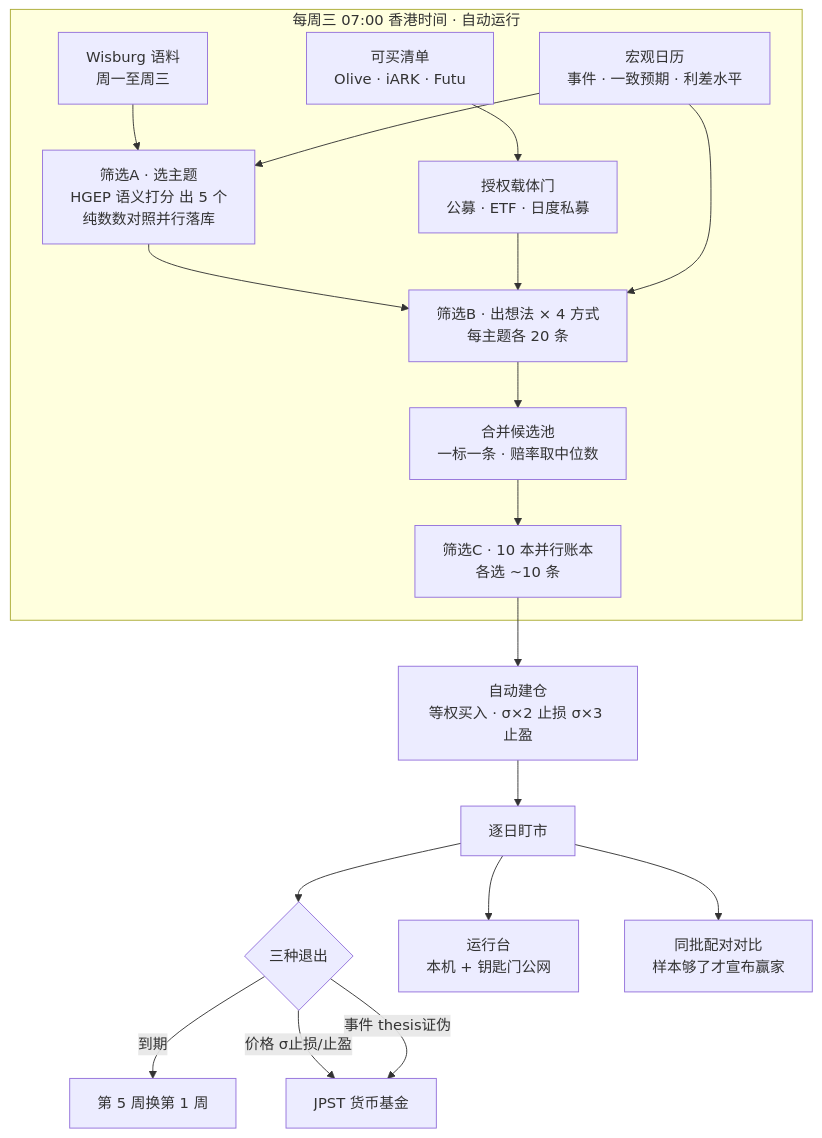
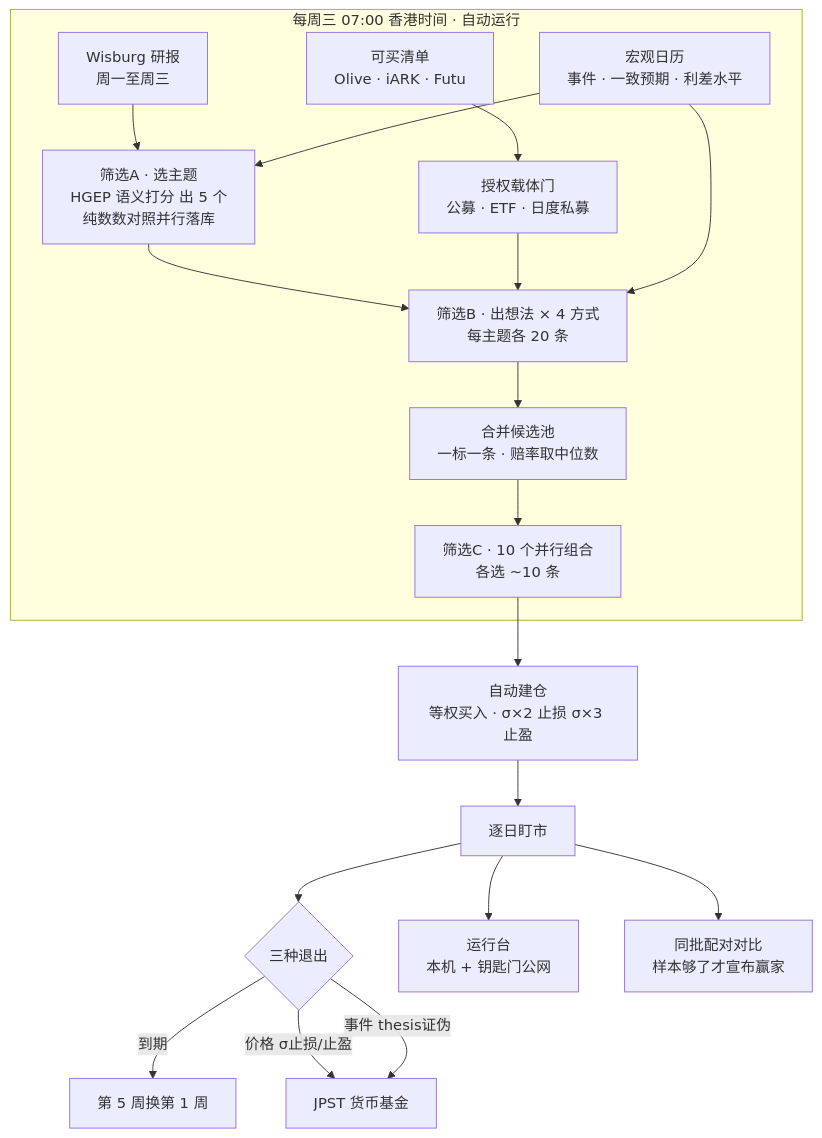
Before and after one commit to YuesongCai/IdeaGen40: the first of 2 diagrams in README.md, drawn with Mermaid. The commit also changed other lines of this file and 4 other files, not shown here.

````diff
--- a/README.md
+++ b/README.md
@@ -9,24 +9,24 @@
 ```mermaid
 flowchart TB
   subgraph W["每周三 07:00 香港时间 · 自动运行"]
-    IN1["Wisburg 语料<br/>周一至周三"]
+    IN1["Wisburg 研报<br/>周一至周三"]
     IN2["可买清单<br/>Olive · iARK · Futu"]
     IN3["宏观日历<br/>事件 · 一致预期 · 利差水平"]
     IN1 --> A["筛选A · 选主题<br/>HGEP 语义打分 出 5 个<br/>纯数数对照并行落库"]
     IN3 --> A
     A --> B["筛选B · 出想法 × 4 方式<br/>每主题各 20 条"]
     IN2 --> GATE["授权载体门<br/>公募 · ETF · 日度私募"]
     GATE --> B
     IN3 --> B
     B --> POOL["合并候选池<br/>一标一条 · 赔率取中位数"]
-    POOL --> C["筛选C · 10 本并行账本<br/>各选 ~10 条"]
+    POOL --> C["筛选C · 10 个并行组合<br/>各选 ~10 条"]
   end
   C --> BOOK["自动建仓<br/>等权买入 · σ×2 止损 σ×3 止盈"]
   BOOK --> MARK["逐日盯市"]
   MARK --> EXIT{"三种退出"}
   EXIT -->|到期| ROLL["第 5 周换第 1 周"]
   EXIT -->|价格 σ止损/止盈| JPST["JPST 货币基金"]
   EXIT -->|事件 thesis证伪| JPST
   MARK --> DASH["运行台<br/>本机 + 钥匙门公网"]
   MARK --> CMP["同批配对对比<br/>样本够了才宣布赢家"]
 ```
````
